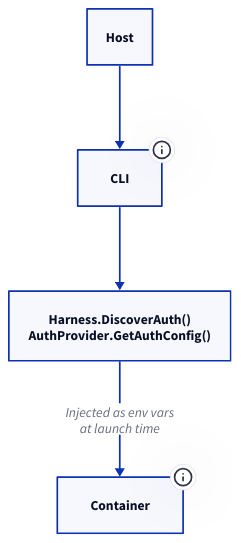
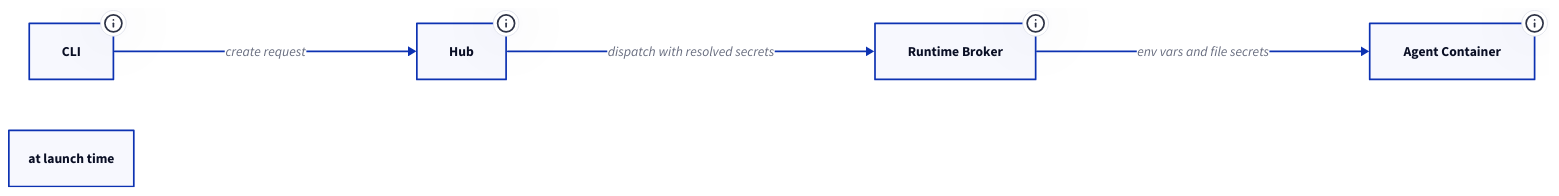
The fourth of 6 diagrams in docs-site/src/content/docs/contributing/architecture.md (GoogleCloudPlatform/scion), drawn with D2 before and after one commit. The commit also changed other lines of this file and 41 other files, not shown here.

````diff
--- a/docs-site/src/content/docs/contributing/architecture.md
+++ b/docs-site/src/content/docs/contributing/architecture.md
@@ -505,14 +490,19 @@
 ```d2
-host: Host
+direction: right
 cli: CLI {
-  tooltip: discovers credentials (env vars, config files)
+  tooltip: env-gather: sends required env vars from the user's shell
 }
-harness: Harness.DiscoverAuth()\nAuthProvider.GetAuthConfig()
-container: Container {
-  tooltip: Available as \$ANTHROPIC_API_KEY, etc.
+hub: Hub {
+  tooltip: resolves secrets (user, project, broker scopes)
 }
-
-host -> cli
-cli -> harness
-harness -> container: Injected as env vars\nat launch time
+broker: Runtime Broker {
+  tooltip: workstation only: host harness login files, opt-in gcloud ADC
+}
+container: Agent Container {
+  tooltip: provision.py selects the auth method
+}
+cli -> hub: create request
+hub -> broker: dispatch with resolved secrets
+broker -> container: env vars and file secrets
+at launch time
 ```
````
